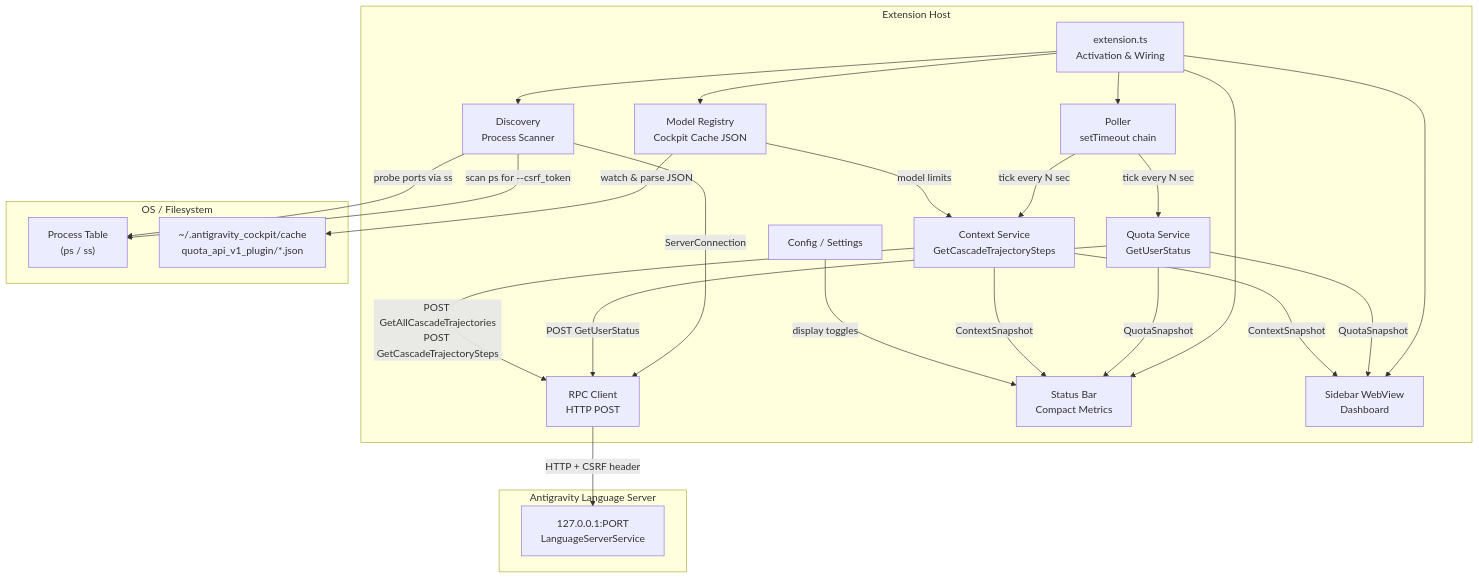
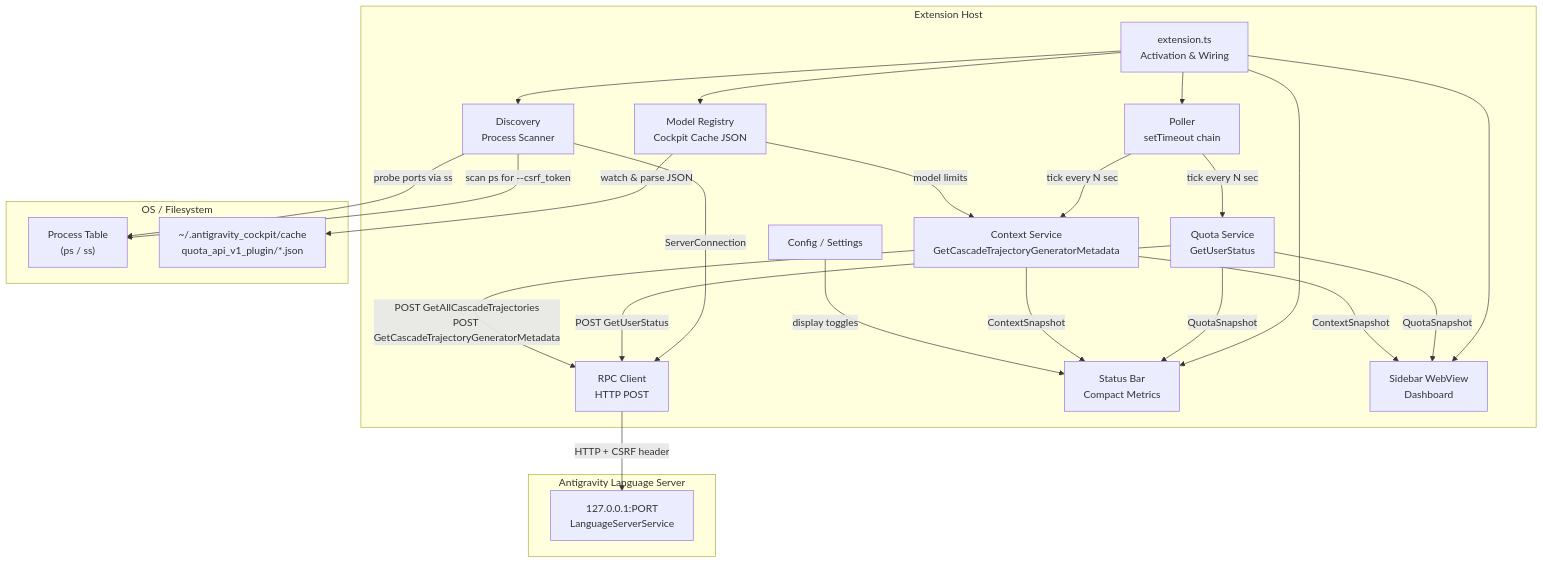
The first of 3 diagrams in ARCHITECTURE.md (jetnet/ag-engineer), drawn with Mermaid before and after one commit. The commit also changed other lines of this file and 3 other files, not shown here.

First line of the commit message:
feat: switch to live GetCascadeTrajectoryGeneratorMetadata API for context tracking

````diff
--- a/ARCHITECTURE.md
+++ b/ARCHITECTURE.md
@@ -9,50 +9,50 @@
 ```mermaid
 graph TB
     subgraph Extension Host
         EXT[extension.ts<br/>Activation & Wiring]
         POLL[Poller<br/>setTimeout chain]
         DISC[Discovery<br/>Process Scanner]
         RPC[RPC Client<br/>HTTP POST]
         QS[Quota Service<br/>GetUserStatus]
-        CS[Context Service<br/>GetCascadeTrajectorySteps]
+        CS[Context Service<br/>GetCascadeTrajectoryGeneratorMetadata]
         MR[Model Registry<br/>Cockpit Cache JSON]
         SB[Status Bar<br/>Compact Metrics]
         SIDE[Sidebar WebView<br/>Dashboard]
         CFG[Config / Settings]
     end
 
     subgraph Antigravity Language Server
         LS["127.0.0.1:PORT<br/>LanguageServerService"]
     end
 
     subgraph OS / Filesystem
         PS["Process Table<br/>(ps / ss)"]
         CACHE["~/.antigravity_cockpit/cache<br/>quota_api_v1_plugin/*.json"]
     end
 
     EXT --> POLL
     EXT --> DISC
     EXT --> MR
     EXT --> SB
     EXT --> SIDE
 
     DISC -->|"scan ps for --csrf_token"| PS
     DISC -->|"probe ports via ss"| PS
     DISC -->|ServerConnection| RPC
 
     POLL -->|tick every N sec| QS
     POLL -->|tick every N sec| CS
 
     QS -->|"POST GetUserStatus"| RPC
-    CS -->|"POST GetAllCascadeTrajectories<br/>POST GetCascadeTrajectorySteps"| RPC
+    CS -->|"POST GetAllCascadeTrajectories<br/>POST GetCascadeTrajectoryGeneratorMetadata"| RPC
     RPC -->|"HTTP + CSRF header"| LS
     MR -->|"watch & parse JSON"| CACHE
 
     QS -->|QuotaSnapshot| SB
     QS -->|QuotaSnapshot| SIDE
     CS -->|ContextSnapshot| SB
     CS -->|ContextSnapshot| SIDE
     MR -->|model limits| CS
 
     CFG -->|display toggles| SB
 ```
````
